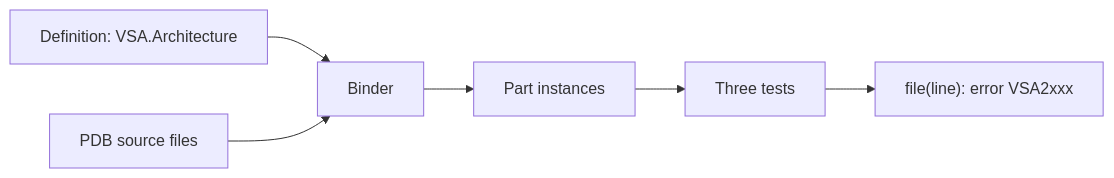
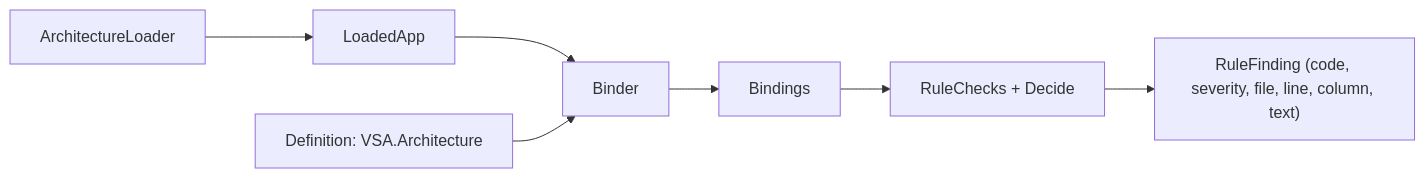
Before and after one commit to MgCohen/vsa-template: the diagram in docs/architecture-engine.md, drawn with Mermaid. The commit also changed other lines of this file and 48 other files, not shown here.

````diff
--- a/docs/architecture-engine.md
+++ b/docs/architecture-engine.md
@@ -5,8 +5,9 @@
 ```mermaid
 flowchart LR
-    D[Definition: VSA.Architecture] --> B[Binder]
-    P[PDB source files] --> B
-    B --> I[Part instances]
-    I --> T[Three tests]
-    T --> M["file(line): error VSA2xxx"]
+    L[ArchitectureLoader] --> A[LoadedApp]
+    A --> B[Binder]
+    D[Definition: VSA.Architecture] --> B
+    B --> S[Bindings]
+    S --> C[RuleChecks + Decide]
+    C --> F["RuleFinding (code, severity, file, line, column, text)"]
 ```
````
